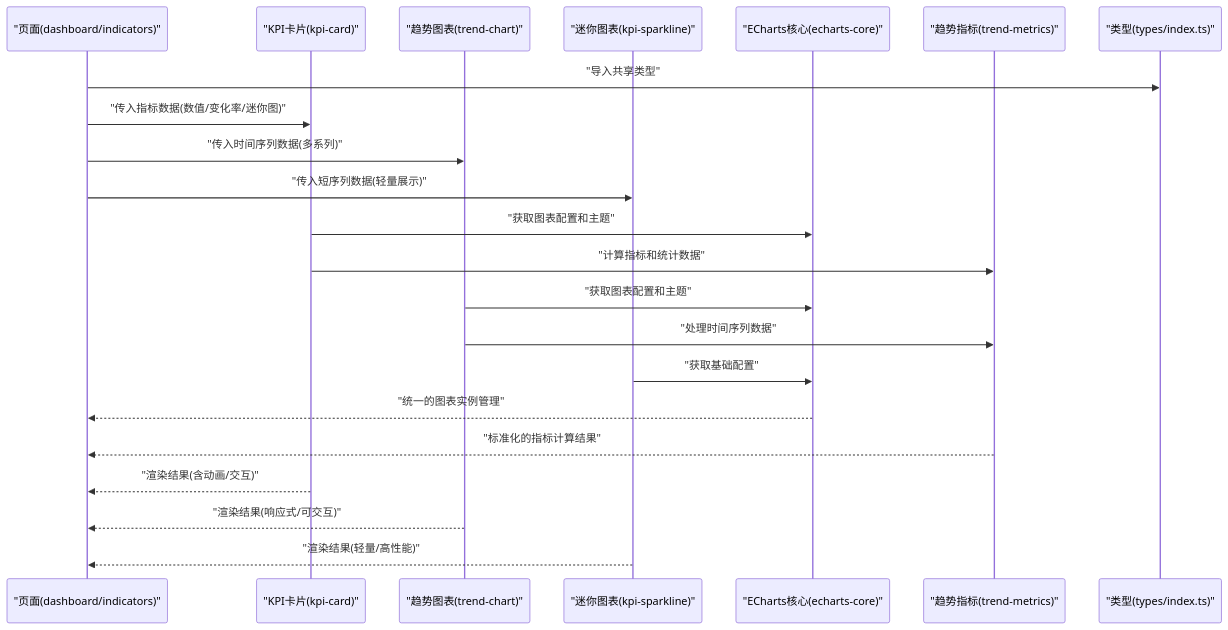
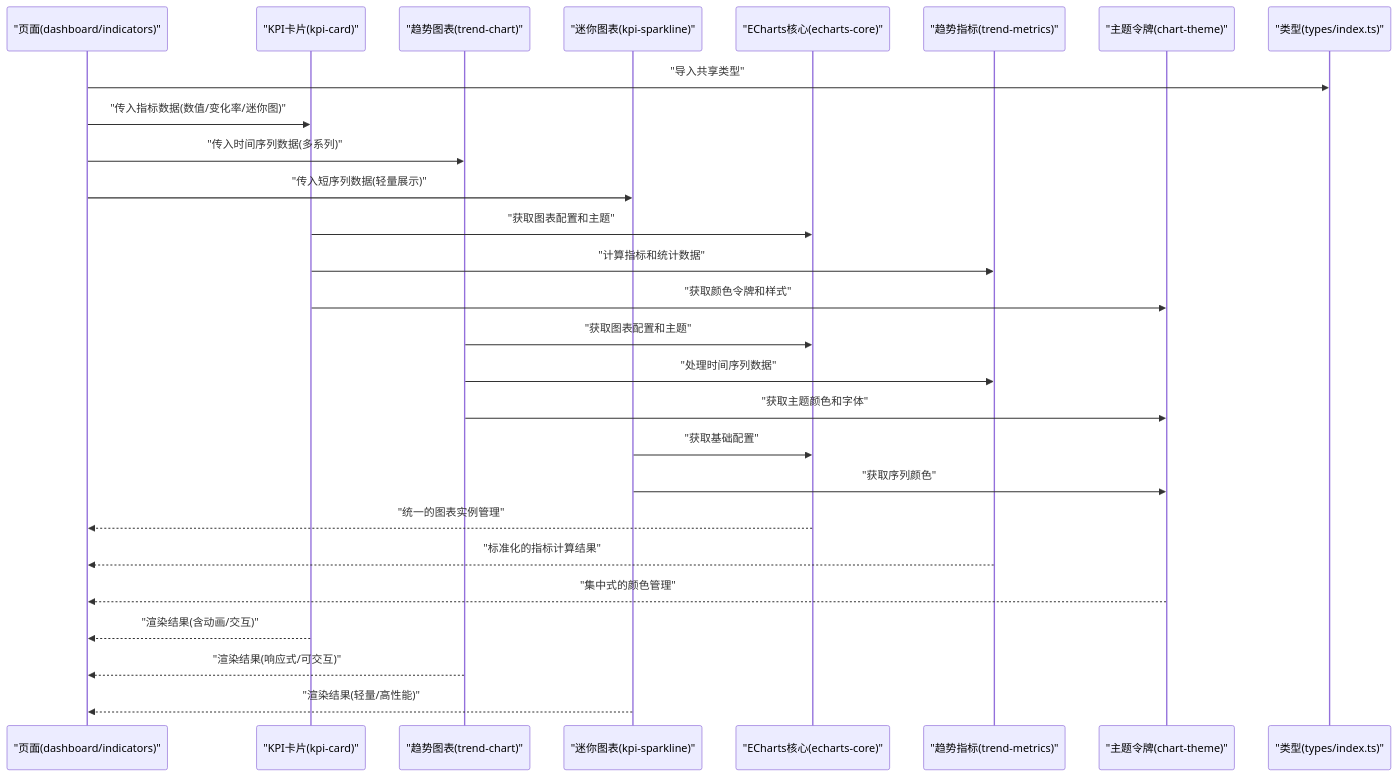
One commit to Damao997/newproject changed the second of 11 diagrams in .qoder/repowiki/zh/content/架构设计/组件架构/业务组件/图表组件/图表组件.md. Above: the diagram before and after it, drawn with Mermaid. The commit also changed other lines of this file and 10 other files, not shown here.

````diff
--- a/.qoder/repowiki/zh/content/架构设计/组件架构/业务组件/图表组件/图表组件.md
+++ b/.qoder/repowiki/zh/content/架构设计/组件架构/业务组件/图表组件/图表组件.md
@@ -118,24 +137,29 @@
 ```mermaid
 sequenceDiagram
 participant Page as "页面(dashboard/indicators)"
 participant Card as "KPI卡片(kpi-card)"
 participant Trend as "趋势图表(trend-chart)"
 participant Spark as "迷你图表(kpi-sparkline)"
 participant Core as "ECharts核心(echarts-core)"
 participant Metrics as "趋势指标(trend-metrics)"
+participant Theme as "主题令牌(chart-theme)"
 participant Types as "类型(types/index.ts)"
 Page->>Types : "导入共享类型"
 Page->>Card : "传入指标数据(数值/变化率/迷你图)"
 Page->>Trend : "传入时间序列数据(多系列)"
 Page->>Spark : "传入短序列数据(轻量展示)"
 Card->>Core : "获取图表配置和主题"
 Card->>Metrics : "计算指标和统计数据"
+Card->>Theme : "获取颜色令牌和样式"
 Trend->>Core : "获取图表配置和主题"
 Trend->>Metrics : "处理时间序列数据"
+Trend->>Theme : "获取主题颜色和字体"
 Spark->>Core : "获取基础配置"
+Spark->>Theme : "获取序列颜色"
 Core-->>Page : "统一的图表实例管理"
 Metrics-->>Page : "标准化的指标计算结果"
+Theme-->>Page : "集中式的颜色管理"
 Card-->>Page : "渲染结果(含动画/交互)"
 Trend-->>Page : "渲染结果(响应式/可交互)"
 Spark-->>Page : "渲染结果(轻量/高性能)"
 ```
````
